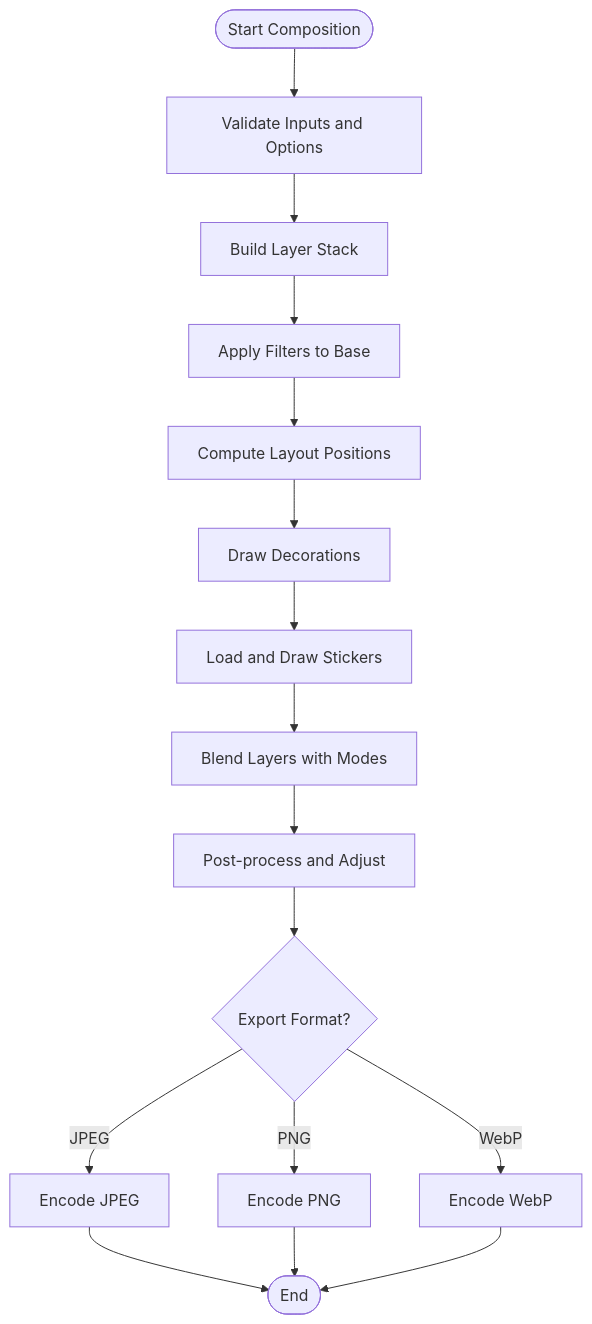
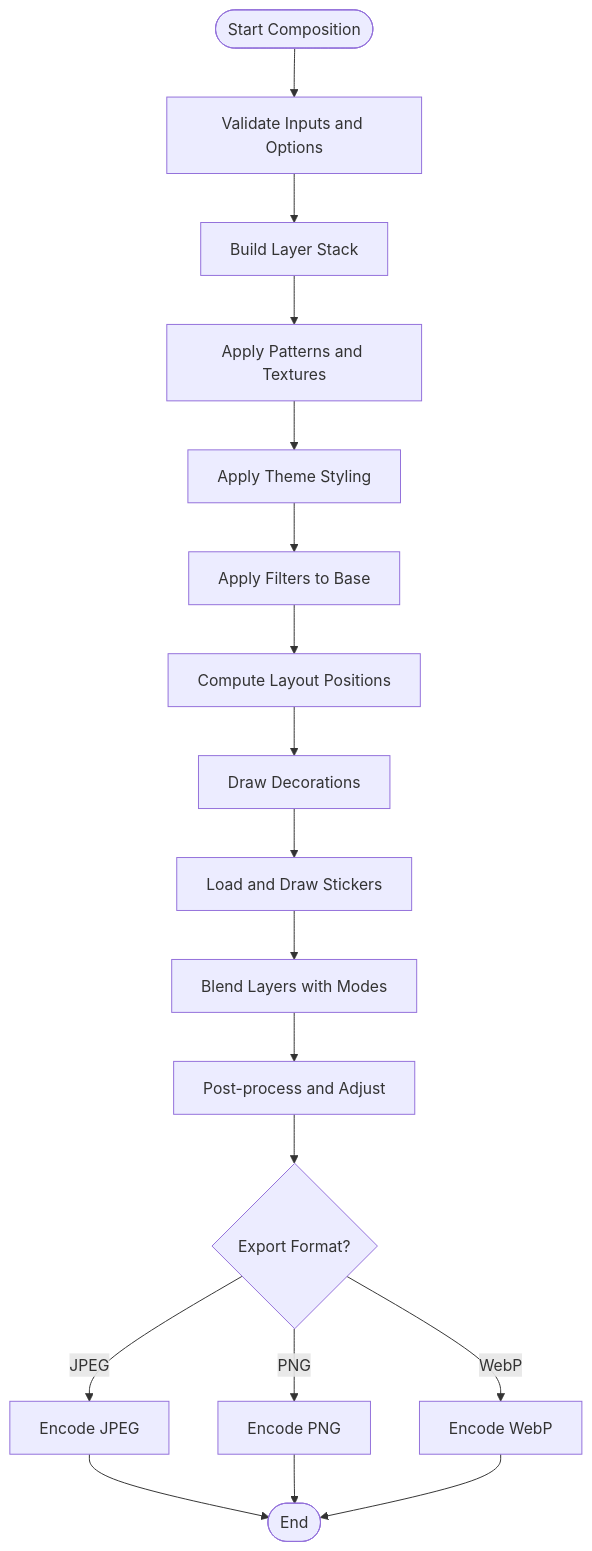
Before and after one commit to zuychin03/zuychin-photobooth: the third of 8 diagrams in .qoder/repowiki/en/content/Photo Editing Pipeline/Image Composition.md, drawn with Mermaid. The commit also changed other lines of this file and 51 other files, not shown here.

````diff
--- a/.qoder/repowiki/en/content/Photo Editing Pipeline/Image Composition.md
+++ b/.qoder/repowiki/en/content/Photo Editing Pipeline/Image Composition.md
@@ -185,18 +221,20 @@
 ```mermaid
 flowchart TD
 Start(["Start Composition"]) --> Validate["Validate Inputs and Options"]
 Validate --> BuildLayers["Build Layer Stack"]
-BuildLayers --> ApplyFilters["Apply Filters to Base"]
+BuildLayers --> ApplyPatterns["Apply Patterns and Textures"]
+ApplyPatterns --> ApplyThemes["Apply Theme Styling"]
+ApplyThemes --> ApplyFilters["Apply Filters to Base"]
 ApplyFilters --> ComputeLayout["Compute Layout Positions"]
 ComputeLayout --> DrawDecor["Draw Decorations"]
 DrawDecor --> LoadStickers["Load and Draw Stickers"]
 LoadStickers --> BlendLayers["Blend Layers with Modes"]
 BlendLayers --> PostProcess["Post-process and Adjust"]
 PostProcess --> Export{"Export Format?"}
 Export --> |JPEG| ToJPEG["Encode JPEG"]
 Export --> |PNG| ToPNG["Encode PNG"]
 Export --> |WebP| ToWebP["Encode WebP"]
 ToJPEG --> End(["End"])
 ToPNG --> End
 ToWebP --> End
 ```
````
